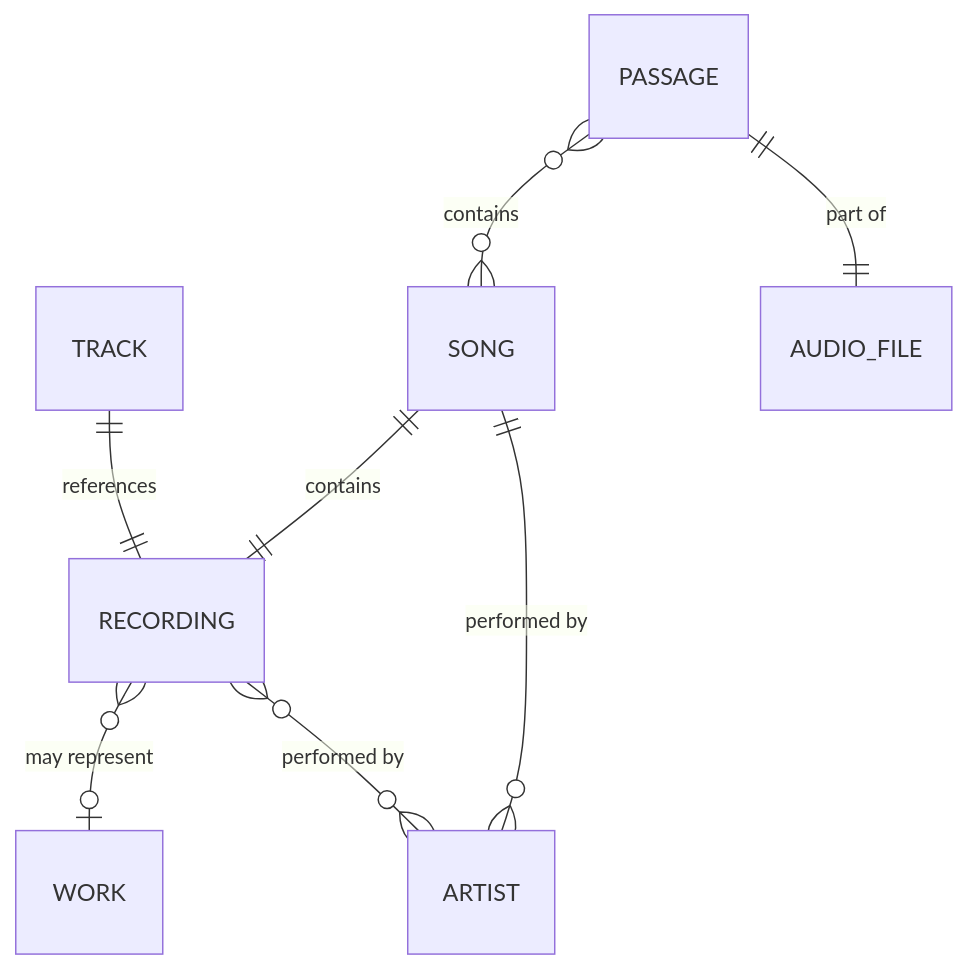
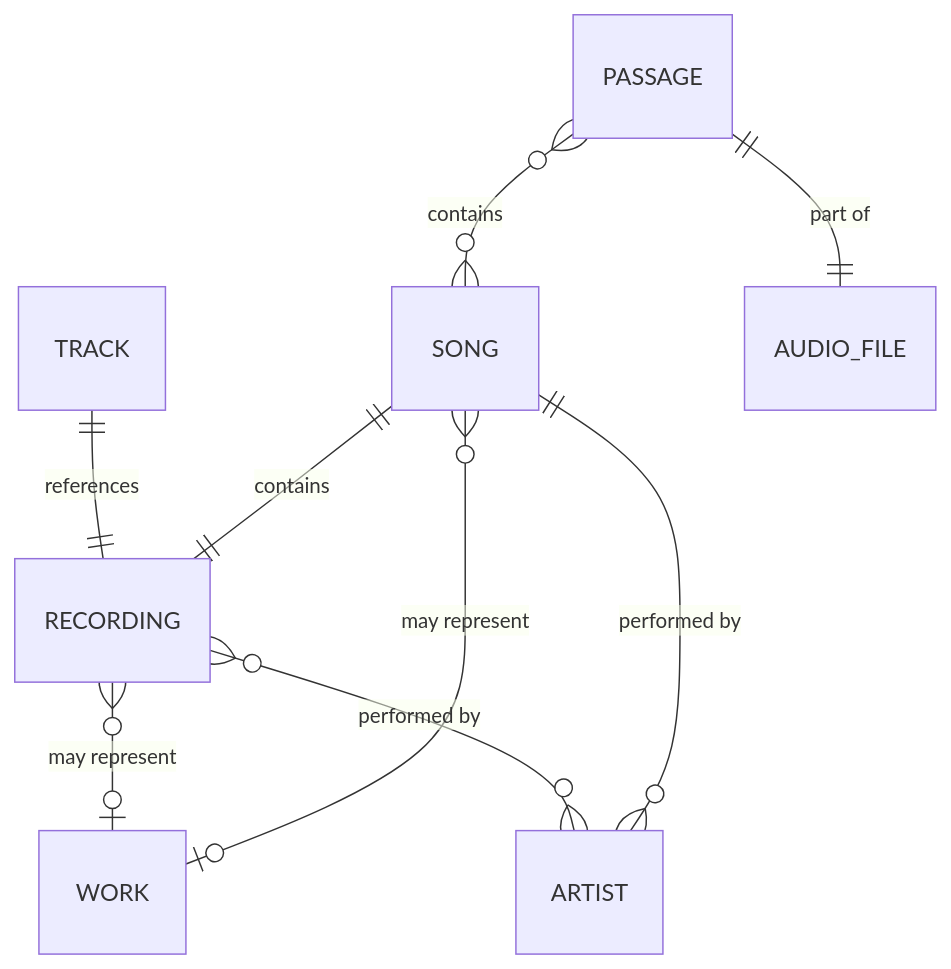
One commit to MangoCats/McRhythm changed the diagram in entity_definitions.md. Above: the diagram before and after it, drawn with Mermaid. The commit also changed other lines of this file and 12 other files, not shown here.

````diff
--- a/entity_definitions.md
+++ b/entity_definitions.md
@@ -43,10 +45,11 @@
 ```mermaid
 erDiagram
     TRACK ||--|| RECORDING : references
     RECORDING }o--o| WORK : "may represent"
     RECORDING }o--o{ ARTIST : "performed by"
     SONG ||--|| RECORDING : contains
+    SONG }o--o| WORK : "may represent"
     SONG ||--o{ ARTIST : "performed by"
     PASSAGE }o--o{ SONG : contains
     PASSAGE ||--|| AUDIO_FILE : "part of"
 ```
````
